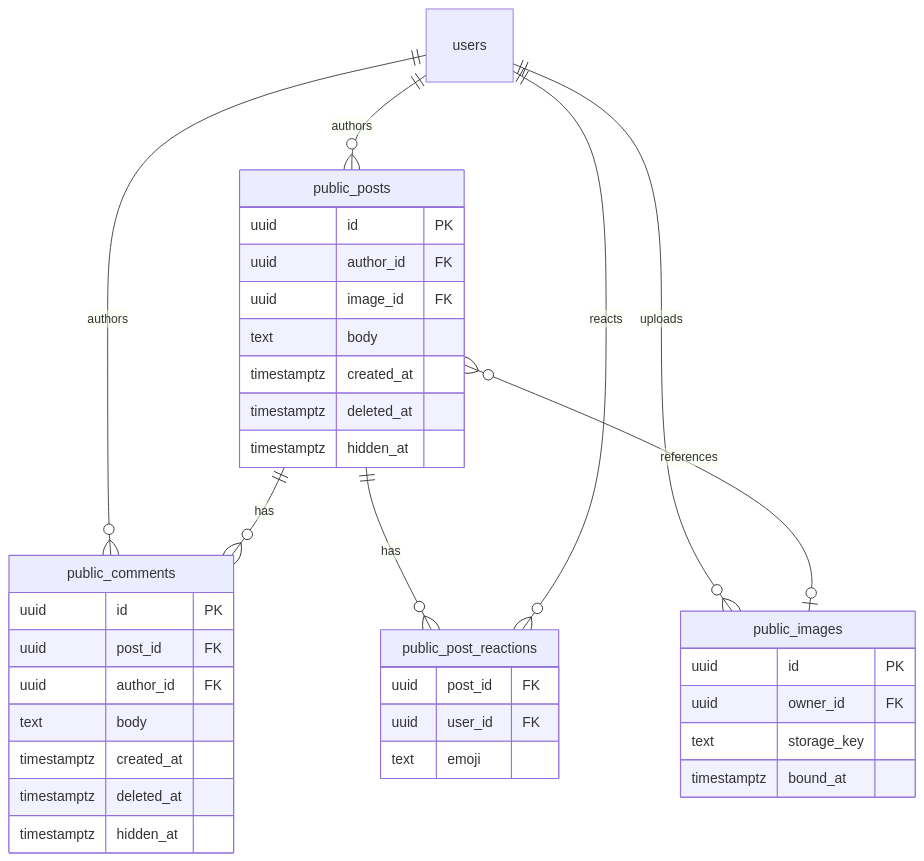
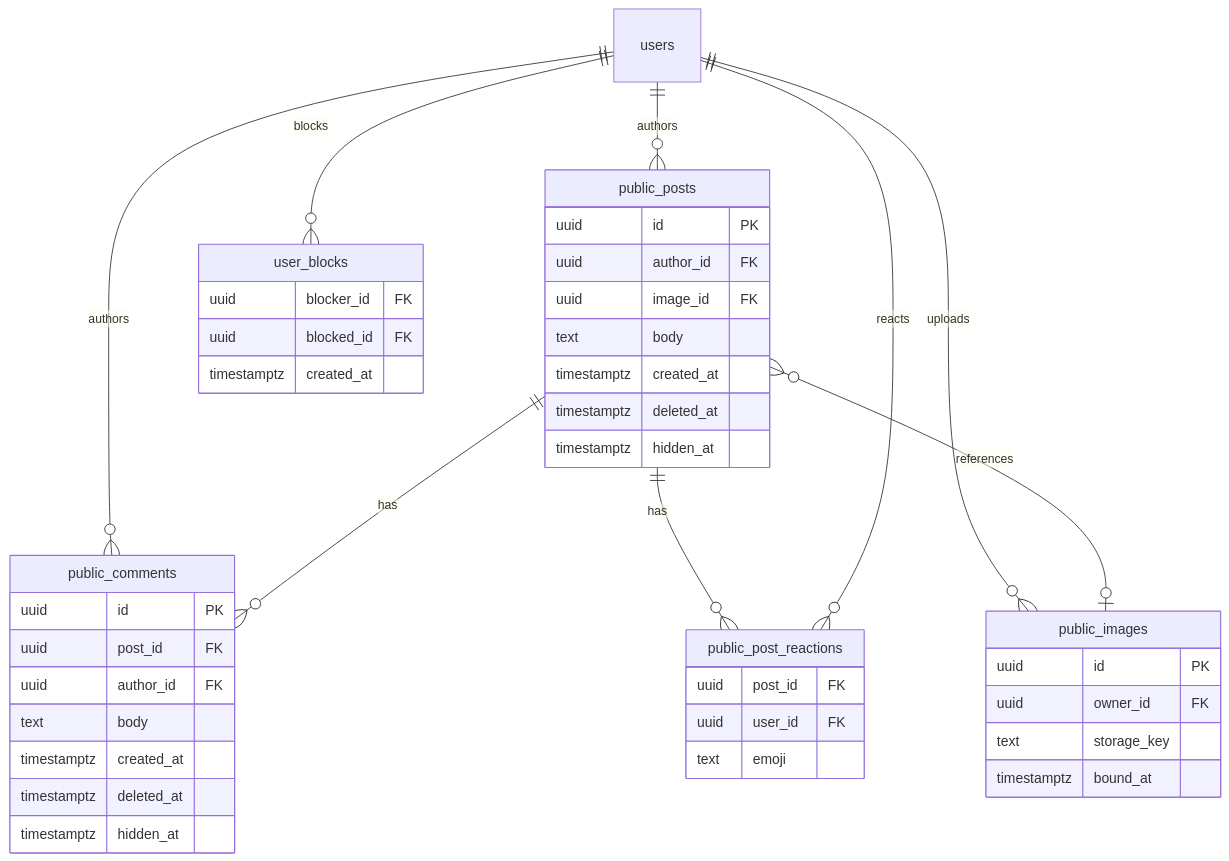
The first of 2 diagrams in docs/architecture/public-feed.md (JasonTM17/Nexachat_AppJ), drawn with Mermaid before and after one commit. The commit also changed other lines of this file and 2 other files, not shown here.

First line of the commit message:
docs(architecture): align summary scope, feed visibility and streak push payload with the code

````diff
--- a/docs/architecture/public-feed.md
+++ b/docs/architecture/public-feed.md
@@ -12,43 +14,50 @@
 ```mermaid
 erDiagram
     users ||--o{ public_posts : authors
     users ||--o{ public_comments : authors
     users ||--o{ public_images : uploads
     public_posts ||--o{ public_comments : has
     public_posts ||--o{ public_post_reactions : has
     public_posts }o--o| public_images : references
     users ||--o{ public_post_reactions : reacts
+    users ||--o{ user_blocks : blocks
 
     public_posts {
         uuid id PK
         uuid author_id FK
         uuid image_id FK
         text body
         timestamptz created_at
         timestamptz deleted_at
         timestamptz hidden_at
     }
 
     public_comments {
         uuid id PK
         uuid post_id FK
         uuid author_id FK
         text body
         timestamptz created_at
         timestamptz deleted_at
         timestamptz hidden_at
     }
 
     public_post_reactions {
         uuid post_id FK
         uuid user_id FK
         text emoji
     }
 
     public_images {
         uuid id PK
         uuid owner_id FK
         text storage_key
         timestamptz bound_at
     }
+
+    user_blocks {
+        uuid blocker_id FK
+        uuid blocked_id FK
+        timestamptz created_at
+    }
 ```
````
